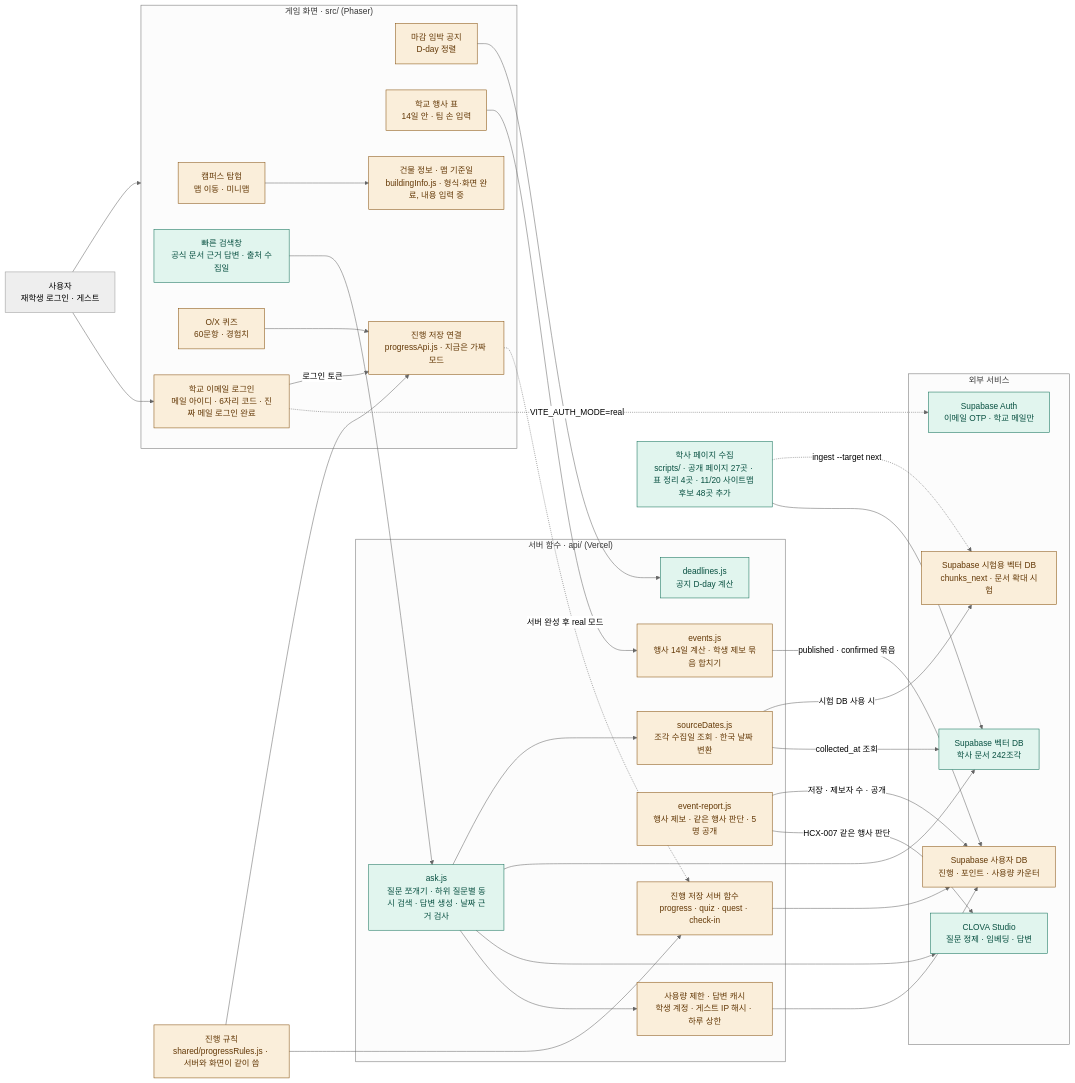
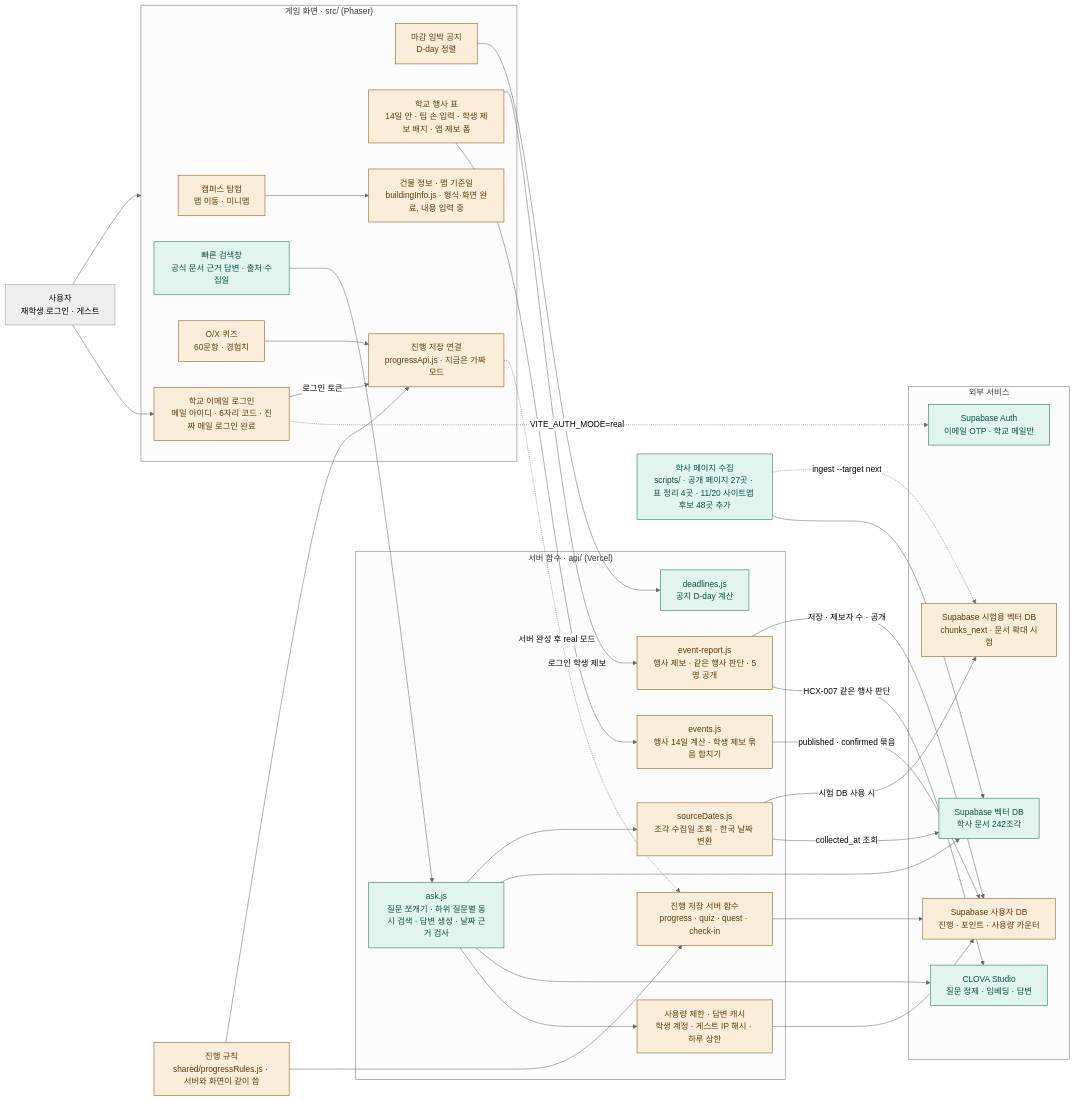
One commit to 202502859-source/hufs-quest changed the diagram in docs/ARCHITECTURE.md. Above: the diagram before and after it, drawn with Mermaid (neutral theme). The commit also changed other lines of this file and 14 other files, not shown here.

````diff
--- a/docs/ARCHITECTURE.md
+++ b/docs/ARCHITECTURE.md
@@ -8,70 +8,71 @@
 ```mermaid
 flowchart LR
     user["사용자<br/>재학생 로그인 · 게스트"]
 
     subgraph game["게임 화면 · src/ (Phaser)"]
         explore["캠퍼스 탐험<br/>맵 이동 · 미니맵"]
         search["빠른 검색창<br/>공식 문서 근거 답변 · 출처 수집일"]
         quiz["O/X 퀴즈<br/>60문항 · 경험치"]
         notice["마감 임박 공지<br/>D-day 정렬"]
-        events["학교 행사 표<br/>14일 안 · 팀 손 입력"]
+        events["학교 행사 표<br/>14일 안 · 팀 손 입력 · 학생 제보 배지 · 앱 제보 폼"]
         mapInfo["건물 정보 · 맵 기준일<br/>buildingInfo.js · 형식·화면 완료, 내용 입력 중"]
         progress["진행 저장 연결<br/>progressApi.js · 지금은 가짜 모드"]
         login["학교 이메일 로그인<br/>메일 아이디 · 6자리 코드 · 진짜 메일 로그인 완료"]
     end
 
     rules["진행 규칙<br/>shared/progressRules.js · 서버와 화면이 같이 씀"]
 
     subgraph server["서버 함수 · api/ (Vercel)"]
         ask["ask.js<br/>질문 쪼개기 · 하위 질문별 동시 검색 · 답변 생성 · 날짜 근거 검사"]
         sourceDates["sourceDates.js<br/>조각 수집일 조회 · 한국 날짜 변환"]
         deadlines["deadlines.js<br/>공지 D-day 계산"]
         eventsApi["events.js<br/>행사 14일 계산 · 학생 제보 묶음 합치기"]
         eventReport["event-report.js<br/>행사 제보 · 같은 행사 판단 · 5명 공개"]
         newApi["진행 저장 서버 함수<br/>progress · quiz · quest · check-in"]
         limiter["사용량 제한 · 답변 캐시<br/>학생 계정 · 게스트 IP 해시 · 하루 상한"]
     end
 
     subgraph external["외부 서비스"]
         clova["CLOVA Studio<br/>질문 정제 · 임베딩 · 답변"]
         supaAuth["Supabase Auth<br/>이메일 OTP · 학교 메일만"]
         vector["Supabase 벡터 DB<br/>학사 문서 242조각"]
         userDb["Supabase 사용자 DB<br/>진행 · 포인트 · 사용량 카운터"]
         vectorNext["Supabase 시험용 벡터 DB<br/>chunks_next · 문서 확대 시험"]
     end
 
     collect["학사 페이지 수집<br/>scripts/ · 공개 페이지 27곳 · 표 정리 4곳 · 11/20 사이트맵 후보 48곳 추가"]
 
     user --> game
     user --> login
     login -.->|"VITE_AUTH_MODE=real"| supaAuth
     login -->|"로그인 토큰"| progress
     search --> ask
     notice --> deadlines
     events --> eventsApi
+    events -->|"로그인 학생 제보"| eventReport
     eventsApi -->|"published · confirmed 묶음"| userDb
     eventReport -->|"HCX-007 같은 행사 판단"| clova
     eventReport -->|"저장 · 제보자 수 · 공개"| userDb
     quiz --> progress
     progress -.->|"서버 완성 후 real 모드"| newApi
     rules --> progress
     rules --> newApi
     explore --> mapInfo
     ask --> limiter
     limiter --> userDb
     ask --> clova
     ask --> vector
     ask --> sourceDates
     sourceDates -->|"collected_at 조회"| vector
     sourceDates -->|"시험 DB 사용 시"| vectorNext
     newApi --> userDb
     collect --> vector
     collect -.->|"ingest --target next"| vectorNext
 
     classDef done fill:#E1F5EE,stroke:#0F6E56,color:#085041
     classDef partial fill:#FAEEDA,stroke:#854F0B,color:#633806
     classDef todo fill:#FAECE7,stroke:#993C1D,color:#712B13,stroke-dasharray:5 3
 
     class search,ask,deadlines,clova,vector,collect,supaAuth done
     class explore,quiz,notice,progress,rules,userDb,login,limiter,mapInfo,newApi,vectorNext,events,eventsApi,sourceDates,eventReport partial
 ```
````
